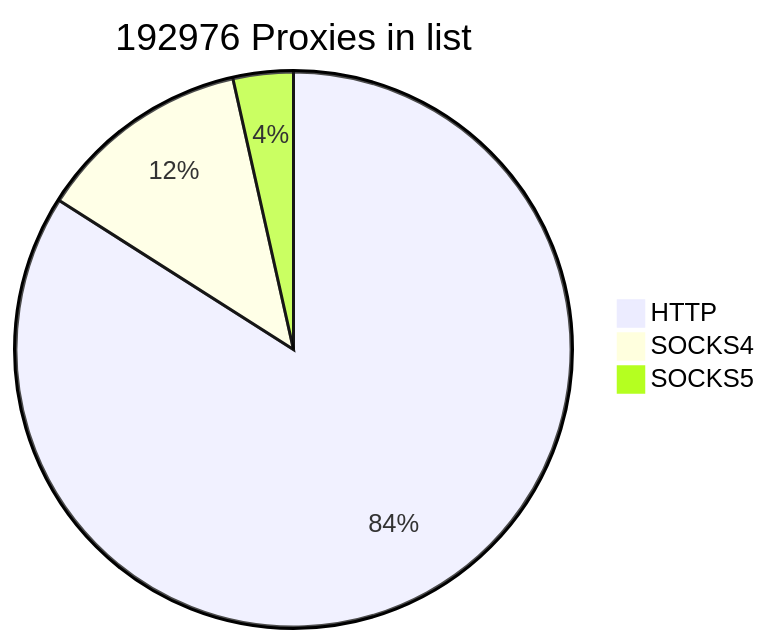
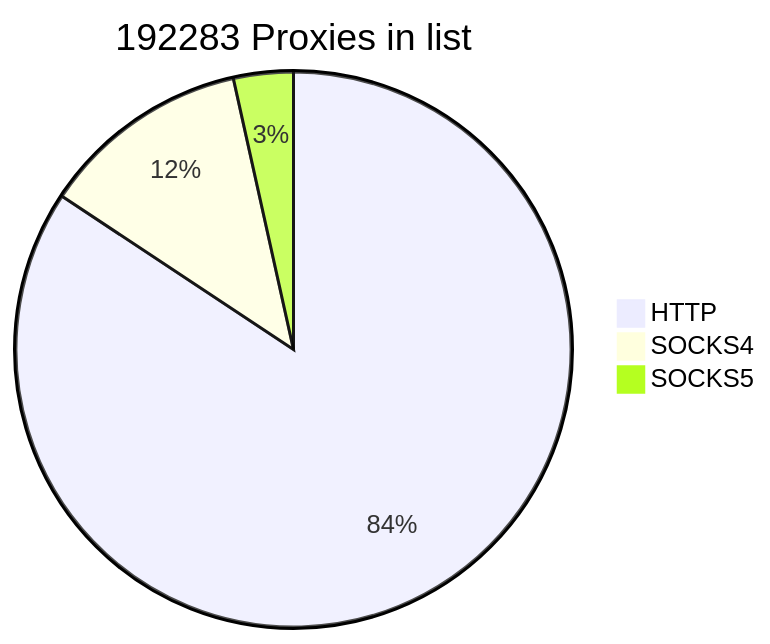
Before and after one commit to cutipu/proxylist: the first of 2 diagrams in README.md, drawn with Mermaid. The commit also changed other lines of this file, not shown here.

````diff
--- a/README.md
+++ b/README.md
@@ -2,7 +2,7 @@
 ```mermaid
-pie title 192976 Proxies in list
-    "HTTP" : 162134
-    "SOCKS4" : 24082
-    "SOCKS5" : 6760
+pie title 192283 Proxies in list
+    "HTTP" : 162113
+    "SOCKS4" : 23487
+    "SOCKS5" : 6683
             
 ```
````
